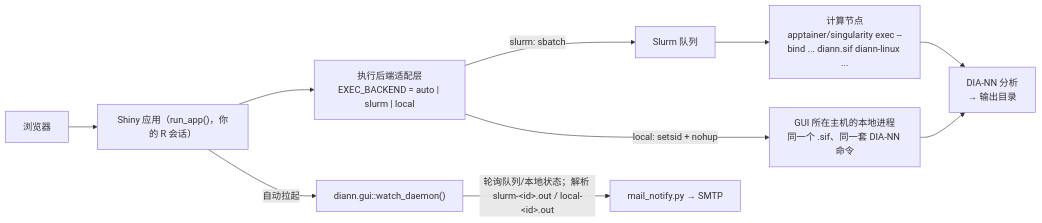
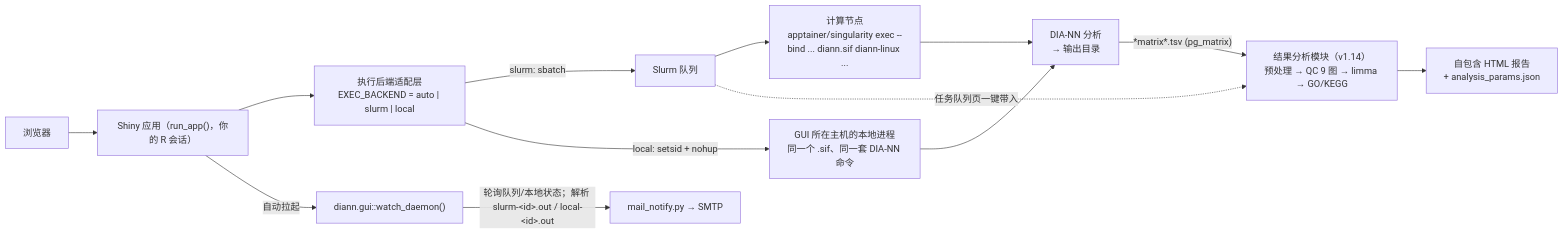
The diagram in README.zh-CN.md (zhangdong360/diann-gui), drawn with Mermaid before and after one commit. The commit also changed other lines of this file and 3 other files, not shown here.

````diff
--- a/README.zh-CN.md
+++ b/README.zh-CN.md
@@ -95,12 +101,15 @@
 ```mermaid
 flowchart LR
     B[浏览器] --> SS["Shiny 应用（run_app()，你的 R 会话）"]
     SS --> AD["执行后端适配层<br/>EXEC_BACKEND = auto | slurm | local"]
     AD -->|"slurm: sbatch"| Q[Slurm 队列]
     Q --> CN["计算节点<br/>apptainer/singularity exec --bind ... diann.sif diann-linux ..."]
     AD -->|"local: setsid + nohup"| LP["GUI 所在主机的本地进程<br/>同一个 .sif、同一套 DIA-NN 命令"]
     CN --> DN["DIA-NN 分析<br/>→ 输出目录"]
     LP --> DN
     SS -->|"自动拉起"| W["diann.gui::watch_daemon()"]
     W -->|"轮询队列/本地状态；解析 slurm-&lt;id&gt;.out / local-&lt;id&gt;.out"| M["mail_notify.py → SMTP"]
+    DN -->|"*matrix*.tsv (pg_matrix)"| AN["结果分析模块（v1.14）<br/>预处理 → QC 9 图 → limma → GO/KEGG"]
+    AN --> RPT["自包含 HTML 报告<br/>+ analysis_params.json"]
+    Q -.->|"任务队列页一键带入"| AN
 ```
````
